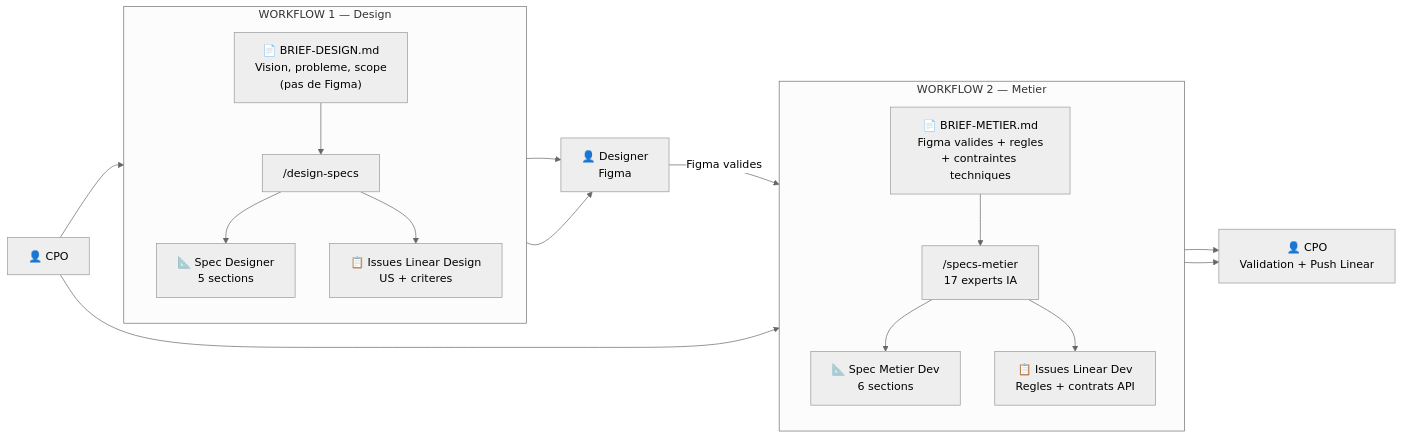
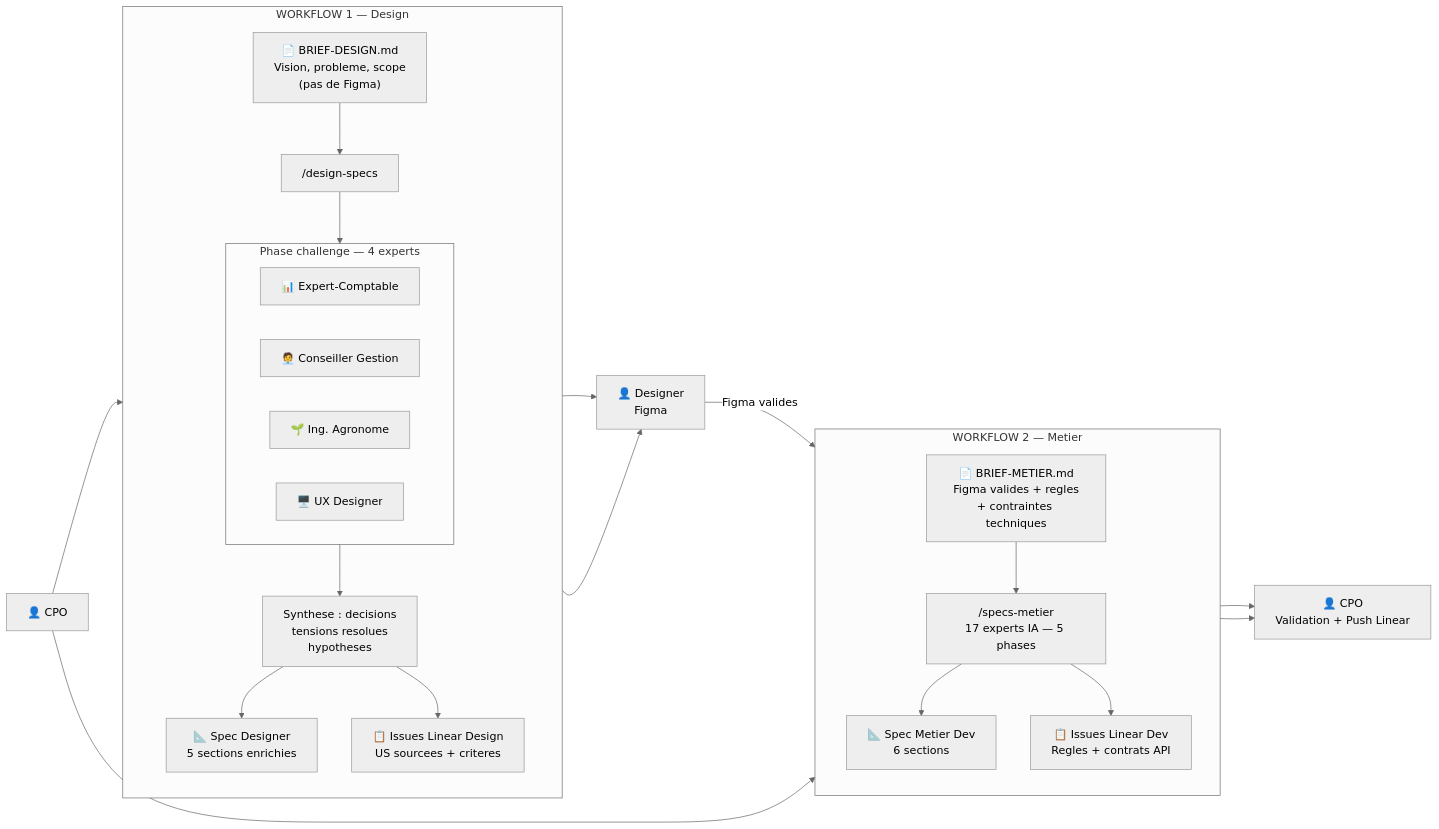
One commit to charlesterrey/global-product-workflow changed the first of 7 diagrams in README.md. Above: the diagram before and after it, drawn with Mermaid (neutral theme). The commit also changed other lines of this file, not shown here.

First line of the commit message:
docs: mise a jour README pour reflechir design-specs v3.0 (4 experts)

````diff
--- a/README.md
+++ b/README.md
@@ -25,37 +25,47 @@
 ```mermaid
 flowchart LR
     CPO["👤 CPO"]
 
     subgraph W1["WORKFLOW 1 — Design"]
         direction TB
         B1["📄 BRIEF-DESIGN.md\nVision, probleme, scope\n(pas de Figma)"]
         S1["/design-specs"]
-        O1A["📐 Spec Designer\n5 sections"]
-        O1B["📋 Issues Linear Design\nUS + criteres"]
+        subgraph CH1["Phase challenge — 4 experts"]
+            direction LR
+            X1["📊 Expert-Comptable"]
+            X2["🧑‍💼 Conseiller Gestion"]
+            X3["🌱 Ing. Agronome"]
+            X4["🖥️ UX Designer"]
+        end
+        SYN1["Synthese : decisions\ntensions resolues\nhypotheses"]
+        O1A["📐 Spec Designer\n5 sections enrichies"]
+        O1B["📋 Issues Linear Design\nUS sourcees + criteres"]
     end
 
     subgraph W2["WORKFLOW 2 — Metier"]
         direction TB
         B2["📄 BRIEF-METIER.md\nFigma valides + regles\n+ contraintes techniques"]
-        S2["/specs-metier\n17 experts IA"]
+        S2["/specs-metier\n17 experts IA — 5 phases"]
         O2A["📐 Spec Metier Dev\n6 sections"]
         O2B["📋 Issues Linear Dev\nRegles + contrats API"]
     end
 
     DES["👤 Designer\nFigma"]
     PUSH["👤 CPO\nValidation + Push Linear"]
 
     CPO --> B1
     B1 --> S1
-    S1 --> O1A
-    S1 --> O1B
+    S1 --> CH1
+    CH1 --> SYN1
+    SYN1 --> O1A
+    SYN1 --> O1B
     O1A --> DES
     O1B --> DES
     DES -->|Figma valides| B2
     CPO --> B2
     B2 --> S2
     S2 --> O2A
     S2 --> O2B
     O2A --> PUSH
     O2B --> PUSH
 ```
````
